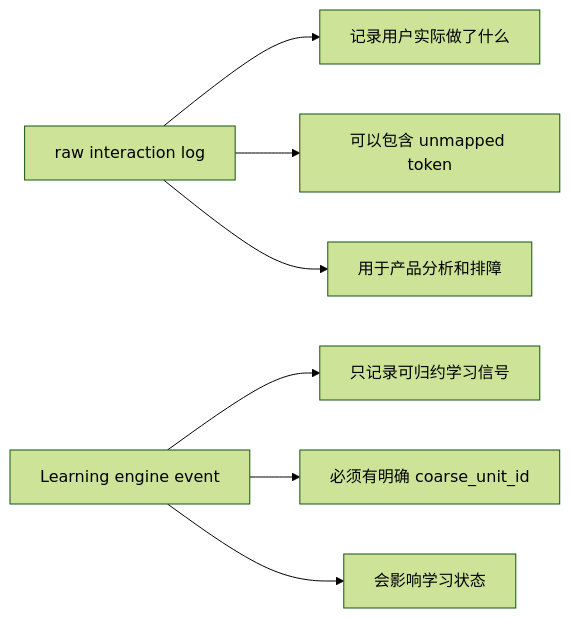
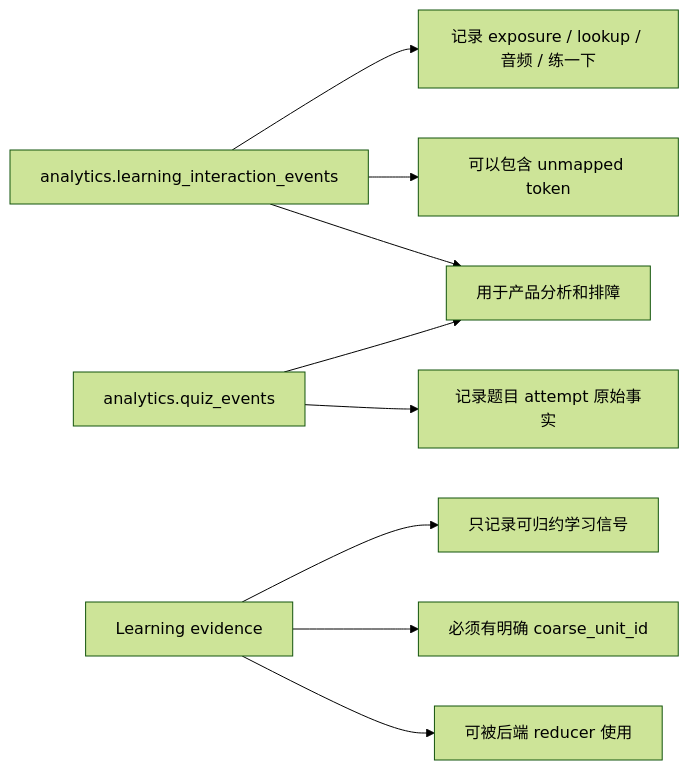
The eighth of 13 diagrams in docs/学习互动信号语义设计.md (bionicotaku/learning-video-recommendation-system), drawn with Mermaid (forest theme) before and after one commit. The commit also changed other lines of this file and 5 other files, not shown here.

````diff
--- a/docs/学习互动信号语义设计.md
+++ b/docs/学习互动信号语义设计.md
@@ -225,10 +381,12 @@
 ```mermaid
 flowchart LR
-    A["raw interaction log"] --> A1["记录用户实际做了什么"]
+    A["analytics.learning_interaction_events"] --> A1["记录 exposure / lookup / 音频 / 练一下"]
+    Q["analytics.quiz_events"] --> Q1["记录题目 attempt 原始事实"]
     A --> A2["可以包含 unmapped token"]
     A --> A3["用于产品分析和排障"]
+    Q --> A3
 
-    B["Learning engine event"] --> B1["只记录可归约学习信号"]
+    B["Learning evidence"] --> B1["只记录可归约学习信号"]
     B --> B2["必须有明确 coarse_unit_id"]
-    B --> B3["会影响学习状态"]
+    B --> B3["可被后端 reducer 使用"]
 ```
````
